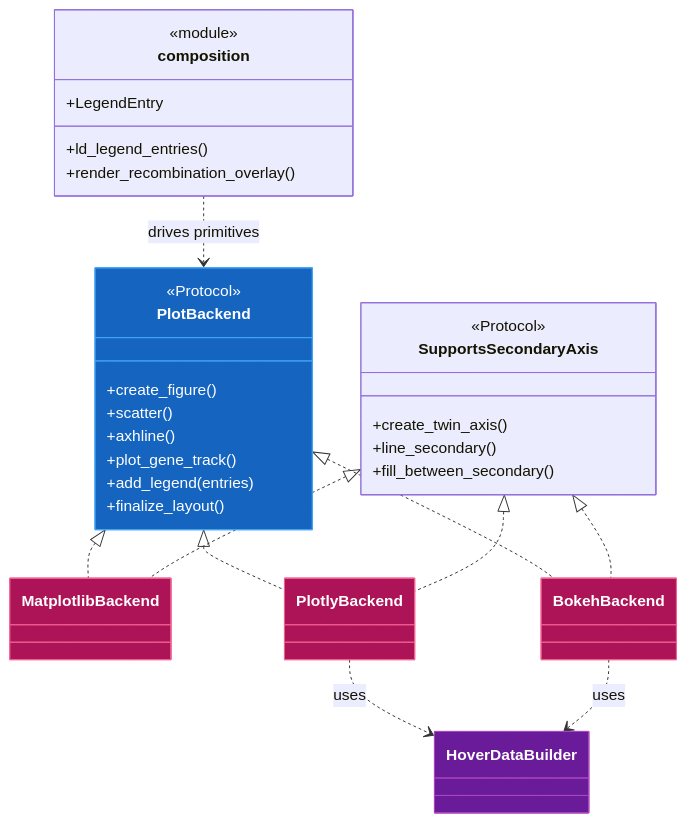
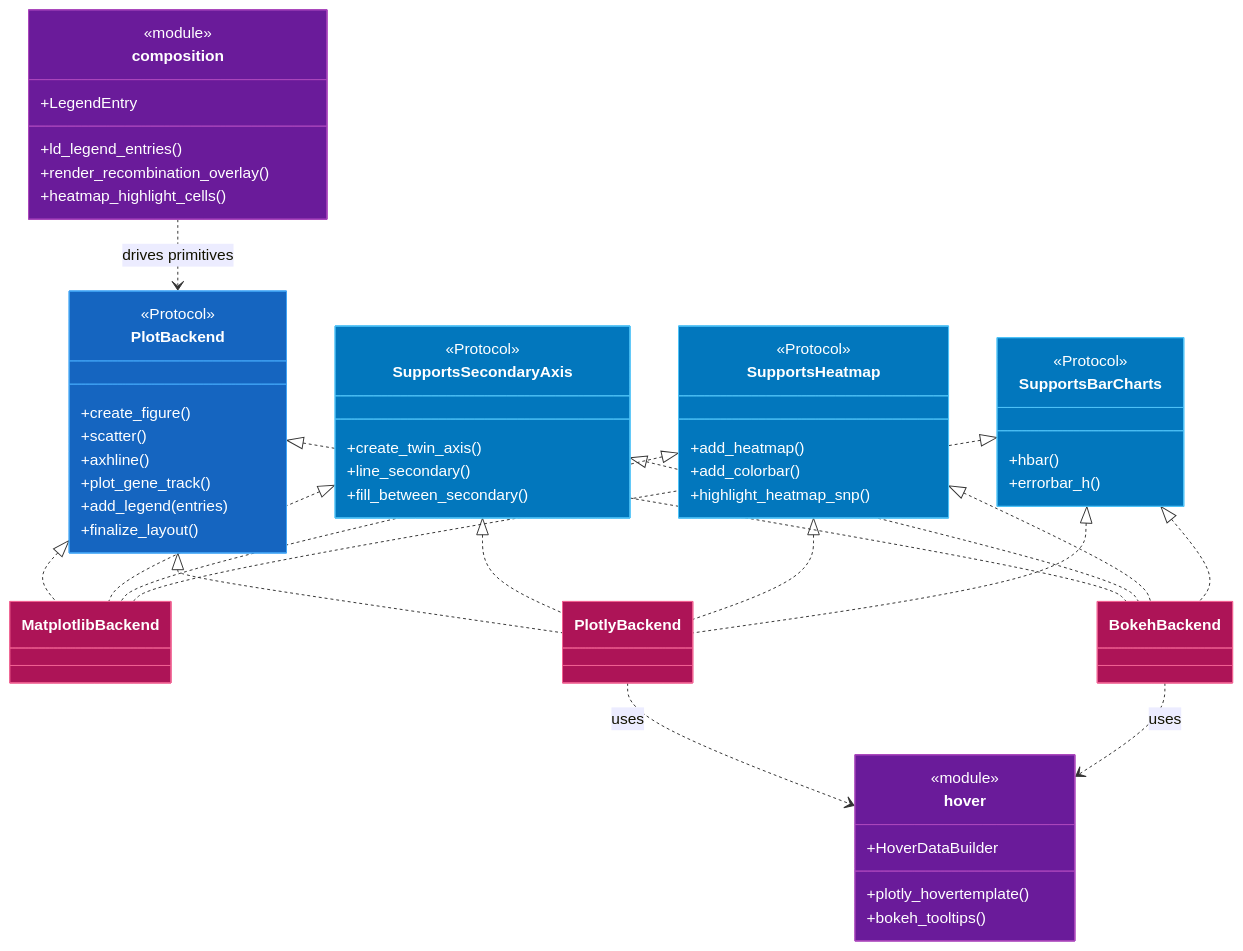
The third of 3 diagrams in docs/CODEMAP.md (michael-denyer/pyLocusZoom), drawn with Mermaid before and after one commit. The commit also changed other lines of this file and 22 other files, not shown here.

First line of the commit message:
refactor(backends): heatmap and bar-chart capability protocols (#31)

````diff
--- a/docs/CODEMAP.md
+++ b/docs/CODEMAP.md
@@ -311,44 +315,71 @@
 ```mermaid
 classDiagram
     class PlotBackend {
         <<Protocol>>
         +create_figure()
         +scatter()
         +axhline()
         +plot_gene_track()
         +add_legend(entries)
         +finalize_layout()
     }
     class SupportsSecondaryAxis {
         <<Protocol>>
         +create_twin_axis()
         +line_secondary()
         +fill_between_secondary()
     }
+    class SupportsHeatmap {
+        <<Protocol>>
+        +add_heatmap()
+        +add_colorbar()
+        +highlight_heatmap_snp()
+    }
+    class SupportsBarCharts {
+        <<Protocol>>
+        +hbar()
+        +errorbar_h()
+    }
     class composition {
         <<module>>
         +LegendEntry
         +ld_legend_entries()
         +render_recombination_overlay()
+        +heatmap_highlight_cells()
+    }
+    class hover {
+        <<module>>
+        +HoverDataBuilder
+        +plotly_hovertemplate()
+        +bokeh_tooltips()
     }
     class MatplotlibBackend
     class PlotlyBackend
     class BokehBackend
-    class HoverDataBuilder
 
     PlotBackend <|.. MatplotlibBackend
     PlotBackend <|.. PlotlyBackend
     PlotBackend <|.. BokehBackend
     SupportsSecondaryAxis <|.. MatplotlibBackend
     SupportsSecondaryAxis <|.. PlotlyBackend
     SupportsSecondaryAxis <|.. BokehBackend
+    SupportsHeatmap <|.. MatplotlibBackend
+    SupportsHeatmap <|.. PlotlyBackend
+    SupportsHeatmap <|.. BokehBackend
+    SupportsBarCharts <|.. MatplotlibBackend
+    SupportsBarCharts <|.. PlotlyBackend
+    SupportsBarCharts <|.. BokehBackend
     composition ..> PlotBackend : drives primitives
-    PlotlyBackend ..> HoverDataBuilder : uses
-    BokehBackend ..> HoverDataBuilder : uses
+    PlotlyBackend ..> hover : uses
+    BokehBackend ..> hover : uses
 
     style PlotBackend fill:#1565c0,stroke:#42a5f5,color:#ffffff
+    style SupportsSecondaryAxis fill:#0277bd,stroke:#4fc3f7,color:#ffffff
+    style SupportsHeatmap fill:#0277bd,stroke:#4fc3f7,color:#ffffff
+    style SupportsBarCharts fill:#0277bd,stroke:#4fc3f7,color:#ffffff
     style MatplotlibBackend fill:#ad1457,stroke:#f06292,color:#ffffff
     style PlotlyBackend fill:#ad1457,stroke:#f06292,color:#ffffff
     style BokehBackend fill:#ad1457,stroke:#f06292,color:#ffffff
-    style HoverDataBuilder fill:#6a1b9a,stroke:#ab47bc,color:#ffffff
+    style composition fill:#6a1b9a,stroke:#ab47bc,color:#ffffff
+    style hover fill:#6a1b9a,stroke:#ab47bc,color:#ffffff
 ```
````
